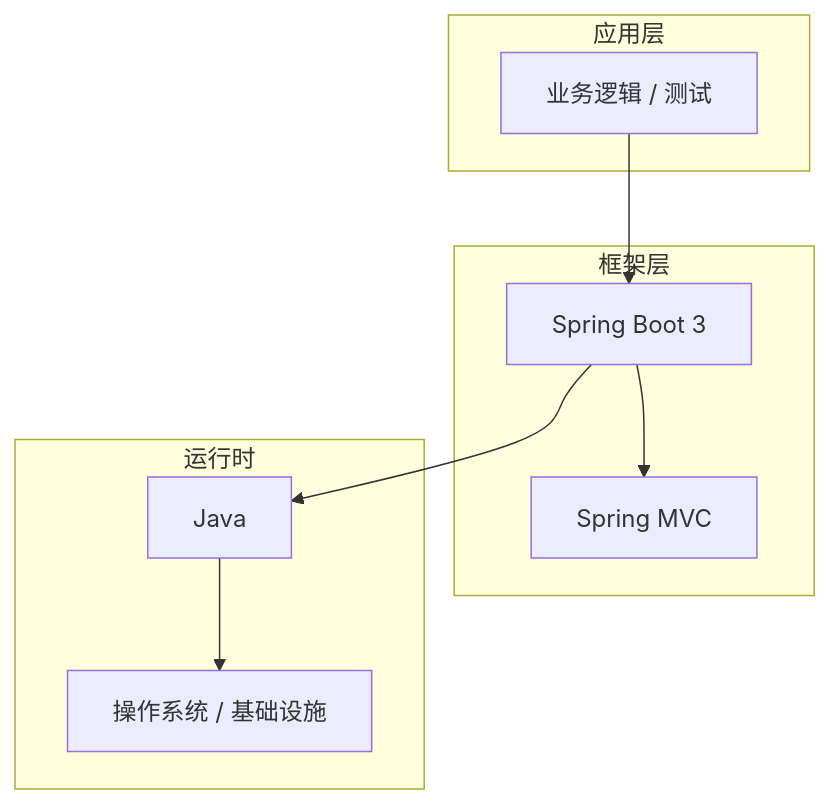
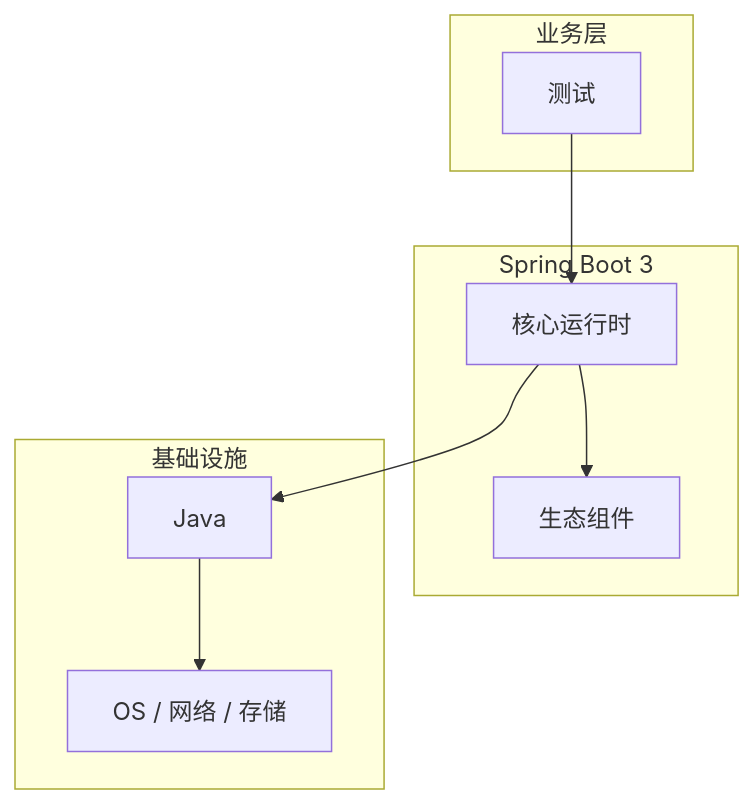
Before and after one commit to yanggan2015/knowledge-json-v2: the diagram in articles/Spring Boot/chapters/072-测试核心概念与原理.md, drawn with Mermaid. The commit also changed other lines of this file and 10127 other files, not shown here.

````diff
--- a/articles/Spring Boot/chapters/072-测试核心概念与原理.md
+++ b/articles/Spring Boot/chapters/072-测试核心概念与原理.md
@@ -45,18 +34,18 @@
 ```mermaid
 graph TB
-    subgraph 应用层
-        A[业务逻辑 / 测试]
+    subgraph 业务层
+        A[测试]
     end
-    subgraph 框架层
-        B[Spring Boot 3]
-        C[Spring MVC]
+    subgraph Spring Boot 3
+        B[核心运行时]
+        C[生态组件]
     end
-    subgraph 运行时
+    subgraph 基础设施
         D[Java]
-        E[操作系统 / 基础设施]
+        E[OS / 网络 / 存储]
     end
     A --> B
     B --> C
     B --> D
     D --> E
 ```
````
